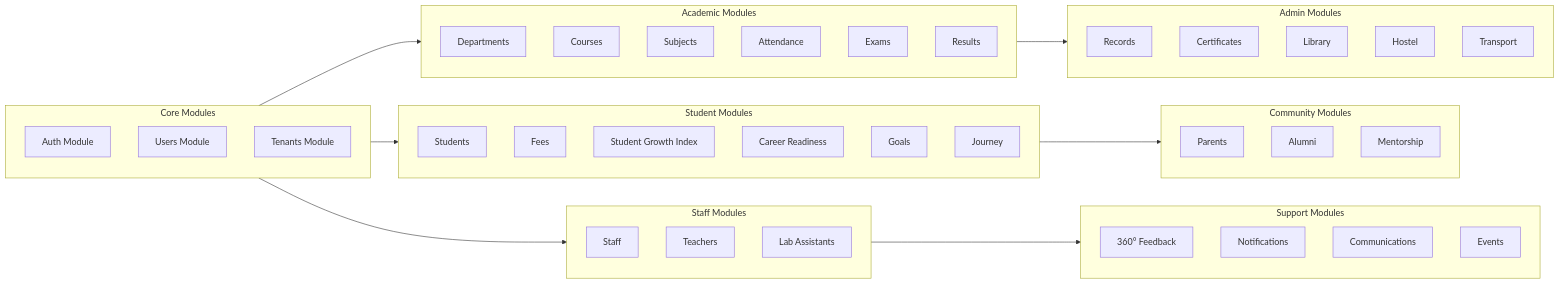
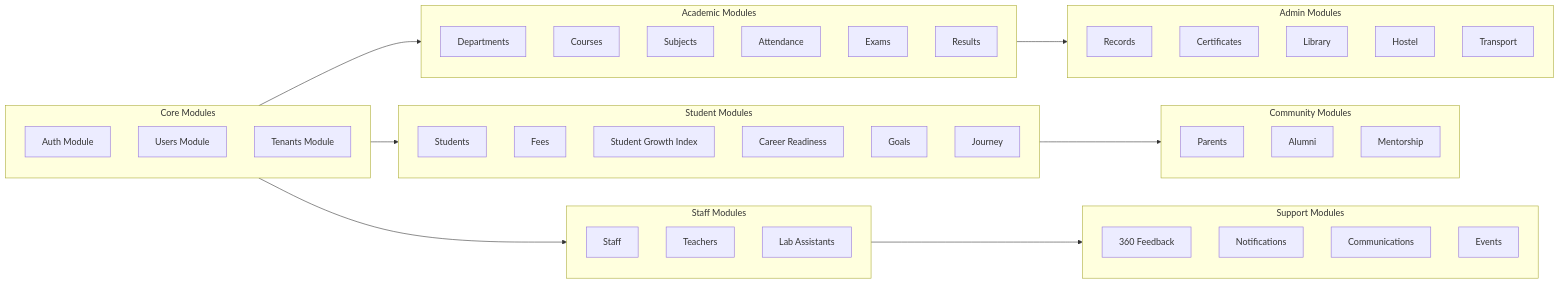
Before and after one commit to gsriramve/edunexus: the third of 7 diagrams in docs/architecture/SYSTEM_ARCHITECTURE.md, drawn with Mermaid. The commit also changed other lines of this file and 1 other file, not shown here.

First line of the commit message:
docs: Update architecture and session docs for JWT migration

````diff
--- a/docs/architecture/SYSTEM_ARCHITECTURE.md
+++ b/docs/architecture/SYSTEM_ARCHITECTURE.md
@@ -97,60 +176,60 @@
 ```mermaid
 flowchart LR
     subgraph CoreModules["Core Modules"]
         Auth["Auth Module"]
         Users["Users Module"]
         Tenants["Tenants Module"]
     end
 
     subgraph AcademicModules["Academic Modules"]
         Departments["Departments"]
         Courses["Courses"]
         Subjects["Subjects"]
         Attendance["Attendance"]
         Exams["Exams"]
         Results["Results"]
     end
 
     subgraph StudentModules["Student Modules"]
         Students["Students"]
         Fees["Fees"]
         SGI["Student Growth Index"]
         CRI["Career Readiness"]
         Goals["Goals"]
         Journey["Journey"]
     end
 
     subgraph StaffModules["Staff Modules"]
         Staff["Staff"]
         Teachers["Teachers"]
         LabAssistants["Lab Assistants"]
     end
 
     subgraph AdminModules["Admin Modules"]
         Records["Records"]
         Certificates["Certificates"]
         Library["Library"]
         Hostel["Hostel"]
         Transport["Transport"]
     end
 
     subgraph CommunityModules["Community Modules"]
         Parents["Parents"]
         Alumni["Alumni"]
         Mentorship["Mentorship"]
     end
 
     subgraph SupportModules["Support Modules"]
-        Feedback["360° Feedback"]
+        Feedback["360 Feedback"]
         Notifications["Notifications"]
         Communications["Communications"]
         Events["Events"]
     end
 
     CoreModules --> AcademicModules
     CoreModules --> StudentModules
     CoreModules --> StaffModules
     AcademicModules --> AdminModules
     StudentModules --> CommunityModules
     StaffModules --> SupportModules
 ```
````
